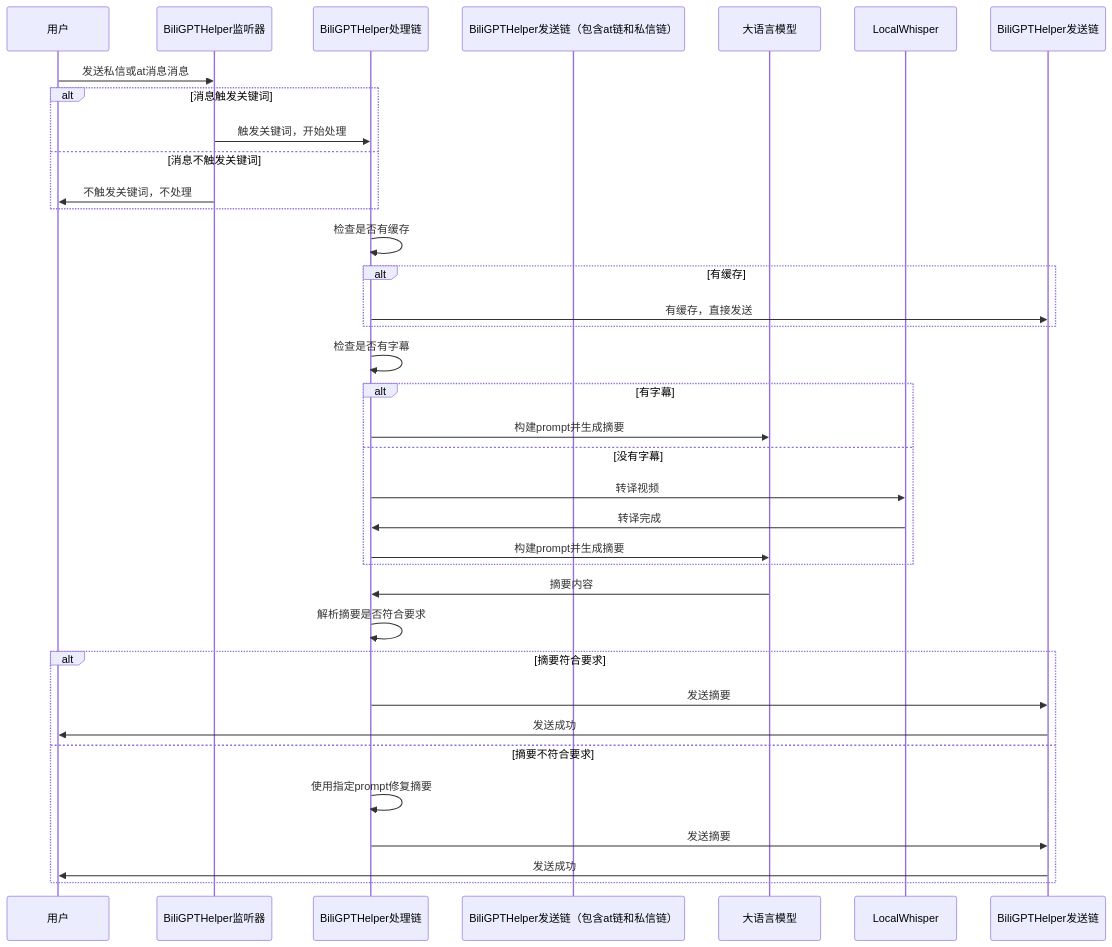
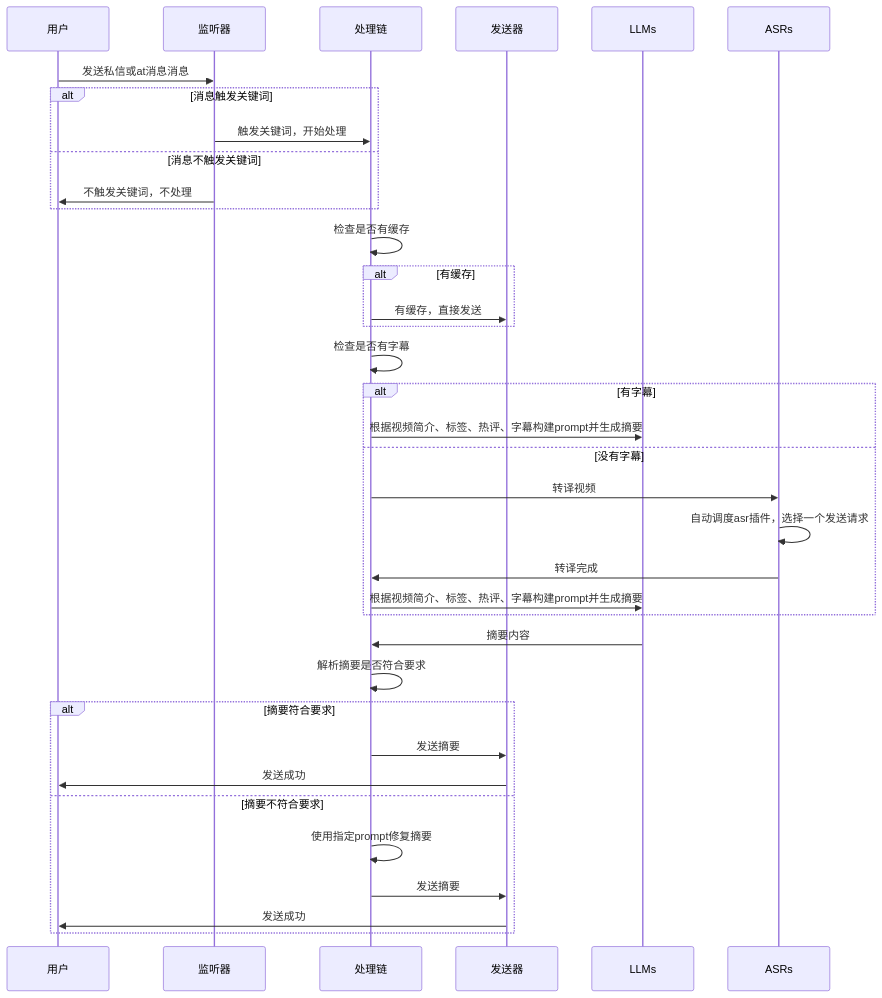
Before and after one commit to yanyao2333/BiliGPTHelper: the diagram in README.md, drawn with Mermaid. The commit also changed other lines of this file, not shown here.

Commit message:
docs(readme): 流程图

````diff
--- a/README.md
+++ b/README.md
@@ -117,37 +116,38 @@
 ```mermaid
 sequenceDiagram
     participant 用户
-    participant BiliGPTHelper监听器
-    participant BiliGPTHelper处理链
-    participant BiliGPTHelper发送链（包含at链和私信链）
-    participant 大语言模型
-    participant LocalWhisper
-    用户 ->> BiliGPTHelper监听器: 发送私信或at消息消息
+    participant 监听器
+    participant 处理链
+    participant 发送器
+    participant LLMs
+    participant ASRs
+    用户 ->> 监听器: 发送私信或at消息消息
     alt 消息触发关键词
-        BiliGPTHelper监听器 ->> BiliGPTHelper处理链: 触发关键词，开始处理
+        监听器 ->> 处理链: 触发关键词，开始处理
     else 消息不触发关键词
-        BiliGPTHelper监听器 ->> 用户: 不触发关键词，不处理
+        监听器 ->> 用户: 不触发关键词，不处理
     end
-    BiliGPTHelper处理链 ->> BiliGPTHelper处理链: 检查是否有缓存
+    处理链 ->> 处理链: 检查是否有缓存
     alt 有缓存
-        BiliGPTHelper处理链 ->> BiliGPTHelper发送链: 有缓存，直接发送
+        处理链 ->> 发送器: 有缓存，直接发送
     end
-    BiliGPTHelper处理链 ->> BiliGPTHelper处理链: 检查是否有字幕
+    处理链 ->> 处理链: 检查是否有字幕
     alt 有字幕
-        BiliGPTHelper处理链 ->> 大语言模型: 构建prompt并生成摘要
+        处理链 ->> LLMs: 根据视频简介、标签、热评、字幕构建prompt并生成摘要
     else 没有字幕
-        BiliGPTHelper处理链 ->> LocalWhisper: 转译视频
-        LocalWhisper ->> BiliGPTHelper处理链: 转译完成
-        BiliGPTHelper处理链 ->> 大语言模型: 构建prompt并生成摘要
+        处理链 ->> ASRs: 转译视频
+        ASRs ->> ASRs: 自动调度asr插件，选择一个发送请求
+        ASRs ->> 处理链: 转译完成
+        处理链 ->> LLMs: 根据视频简介、标签、热评、字幕构建prompt并生成摘要
     end
-    大语言模型 ->> BiliGPTHelper处理链: 摘要内容
-    BiliGPTHelper处理链 ->> BiliGPTHelper处理链: 解析摘要是否符合要求
+    LLMs ->> 处理链: 摘要内容
+    处理链 ->> 处理链: 解析摘要是否符合要求
     alt 摘要符合要求
-        BiliGPTHelper处理链 ->> BiliGPTHelper发送链: 发送摘要
-        BiliGPTHelper发送链 ->> 用户: 发送成功
+        处理链 ->> 发送器: 发送摘要
+        发送器 ->> 用户: 发送成功
     else 摘要不符合要求
-        BiliGPTHelper处理链 ->> BiliGPTHelper处理链: 使用指定prompt修复摘要
-        BiliGPTHelper处理链 ->> BiliGPTHelper发送链: 发送摘要
-        BiliGPTHelper发送链 ->> 用户: 发送成功
+        处理链 ->> 处理链: 使用指定prompt修复摘要
+        处理链 ->> 发送器: 发送摘要
+        发送器 ->> 用户: 发送成功
     end
 ```
````
